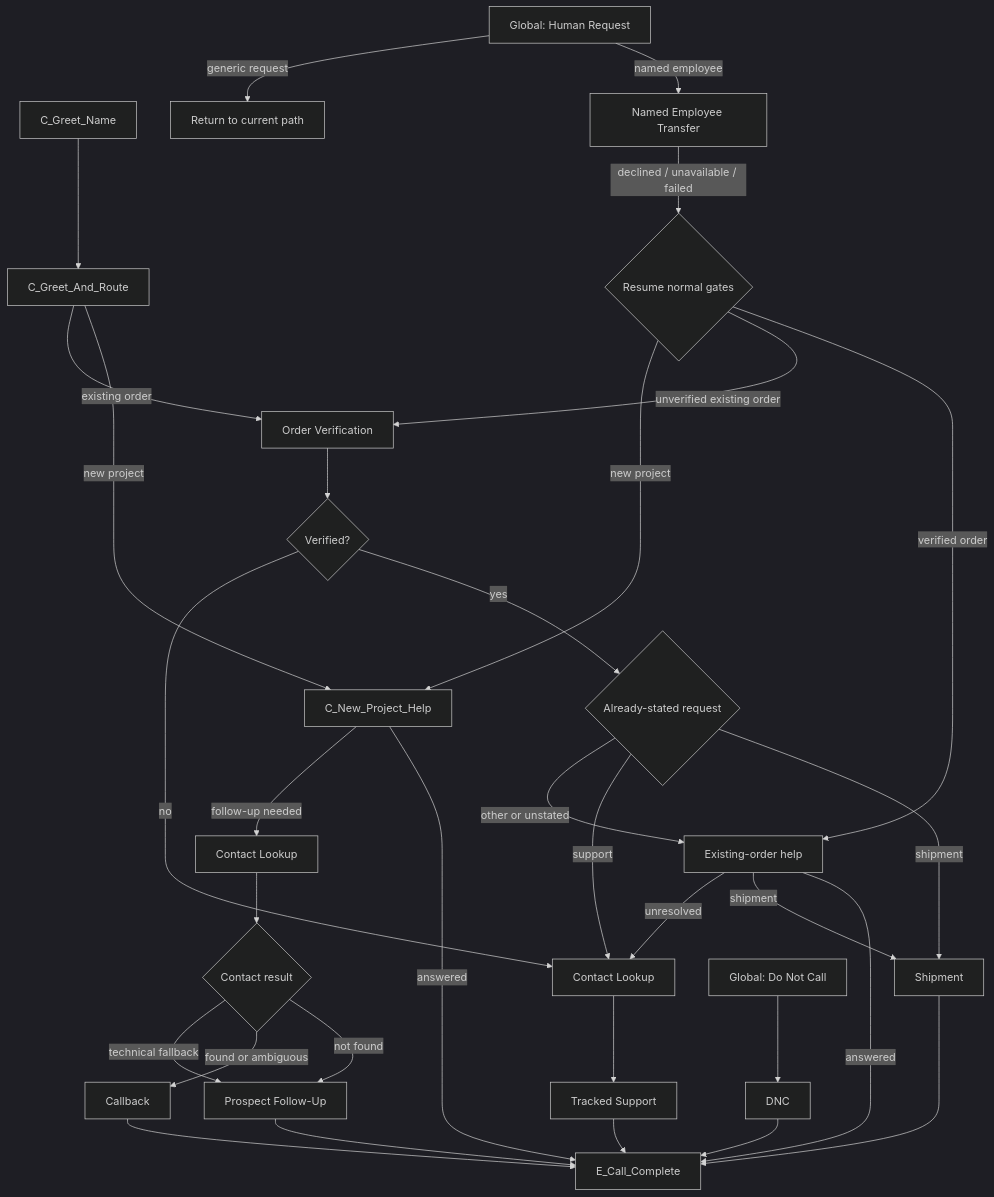
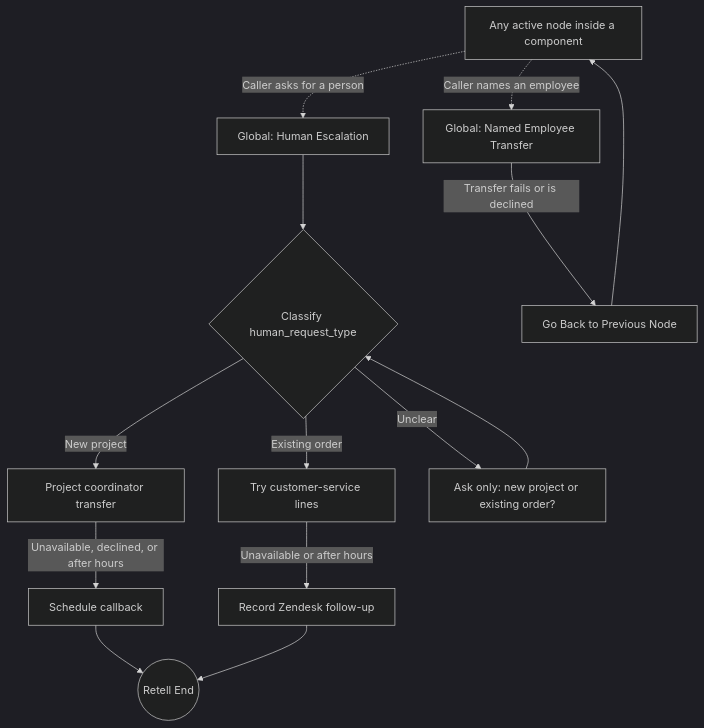
The fourth of 5 diagrams in retell-reference-materials/docs/retell-agent-build-spec.md (adeolaemmanuelmorren/genstone-ai-customer-agent), drawn with Mermaid (dark theme) before and after one commit. The commit also changed other lines of this file and 50 other files, not shown here.

Commit message:
feat: improve Retell routing and call operations

````diff
--- a/retell-reference-materials/docs/retell-agent-build-spec.md
+++ b/retell-reference-materials/docs/retell-agent-build-spec.md
@@ -138,38 +260,18 @@
 ```mermaid
 flowchart TD
-    NAME["C_Greet_Name"] --> A["C_Greet_And_Route"]
-    A -->|"new project"| N["C_New_Project_Help"]
-    A -->|"existing order"| OV["Order Verification"]
+    ACTIVE["Any active node inside a component"]
+    ACTIVE -.->|"Caller asks for a person"| HUMAN["Global: Human Escalation"]
+    HUMAN --> CONTEXT{"Classify human_request_type"}
+    CONTEXT -->|"New project"| PROJECT["Project coordinator transfer"]
+    PROJECT -->|"Unavailable, declined, or after hours"| CALLBACK["Schedule callback"]
+    CONTEXT -->|"Existing order"| SERVICE["Try customer-service lines"]
+    SERVICE -->|"Unavailable or after hours"| ZENDESK["Record Zendesk follow-up"]
+    CONTEXT -->|"Unclear"| ASK["Ask only: new project or existing order?"]
+    ASK --> CONTEXT
+    CALLBACK --> END(("Retell End"))
+    ZENDESK --> END
 
-    N -->|"answered"| END["E_Call_Complete"]
-    N -->|"follow-up needed"| NC["Contact Lookup"]
-    NC --> NR{"Contact result"}
-    NR -->|"not found"| P["Prospect Follow-Up"]
-    NR -->|"found or ambiguous"| CB["Callback"]
-    NR -->|"technical fallback"| P
-
-    OV --> VR{"Verified?"}
-    VR -->|"yes"| RI{"Already-stated request"}
-    VR -->|"no"| SC["Contact Lookup"]
-    RI -->|"shipment"| SH
-    RI -->|"support"| SC
-    RI -->|"other or unstated"| OH["Existing-order help"]
-    OH -->|"answered"| END
-    OH -->|"shipment"| SH["Shipment"]
-    OH -->|"unresolved"| SC
-    SC --> SU["Tracked Support"]
-    SH --> END
-
-    GH["Global: Human Request"] -->|"named employee"| TR["Named Employee Transfer"]
-    GH -->|"generic request"| BACK["Return to current path"]
-    TR -->|"declined / unavailable / failed"| TF{"Resume normal gates"}
-    TF -->|"verified order"| OH
-    TF -->|"unverified existing order"| OV
-    TF -->|"new project"| N
-
-    GD["Global: Do Not Call"] --> DNC["DNC"]
-    P --> END
-    CB --> END
-    SU --> END
-    DNC --> END
+    ACTIVE -.->|"Caller names an employee"| NAMED["Global: Named Employee Transfer"]
+    NAMED -->|"Transfer fails or is declined"| RESUME["Go Back to Previous Node"]
+    RESUME --> ACTIVE
 ```
````
